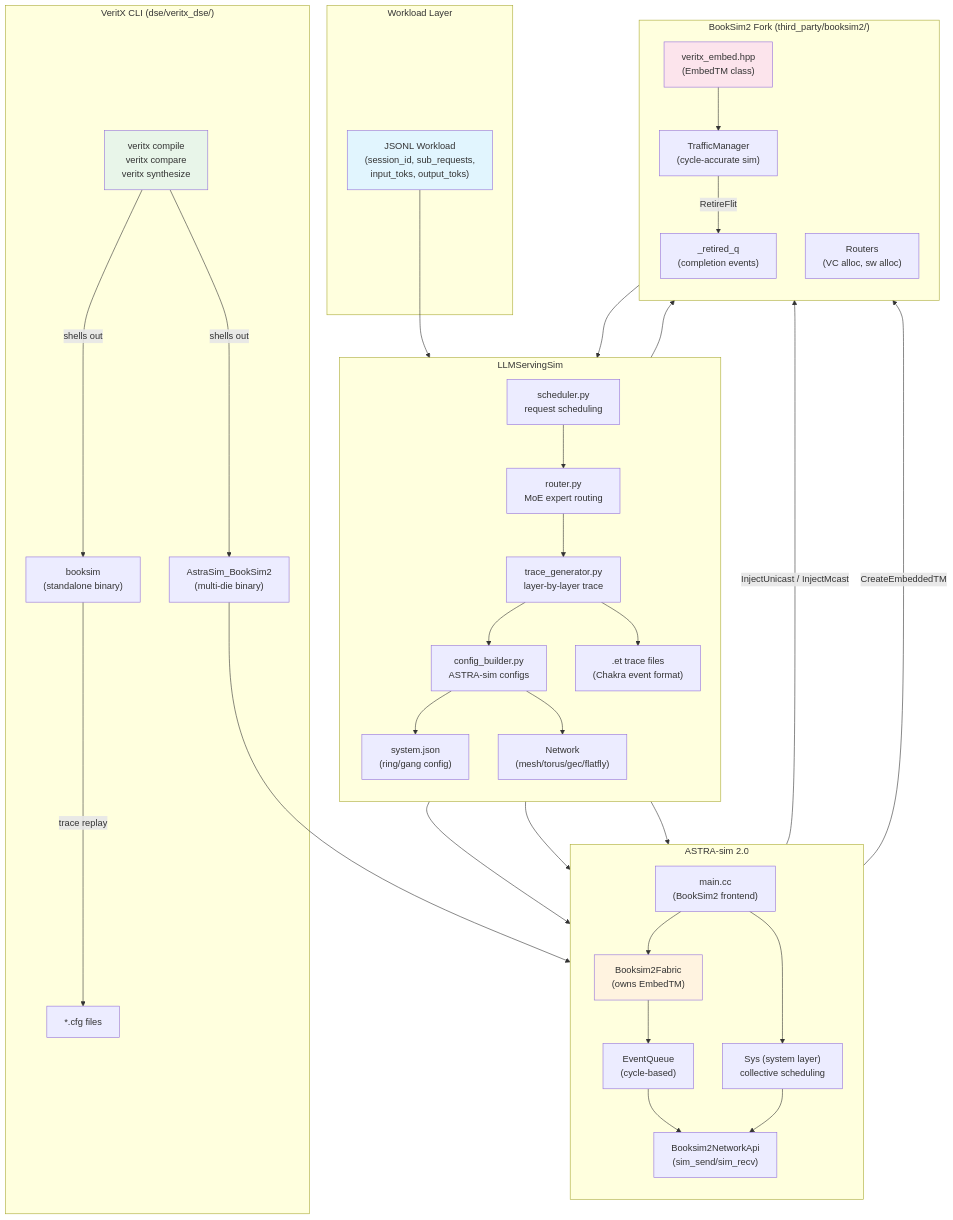
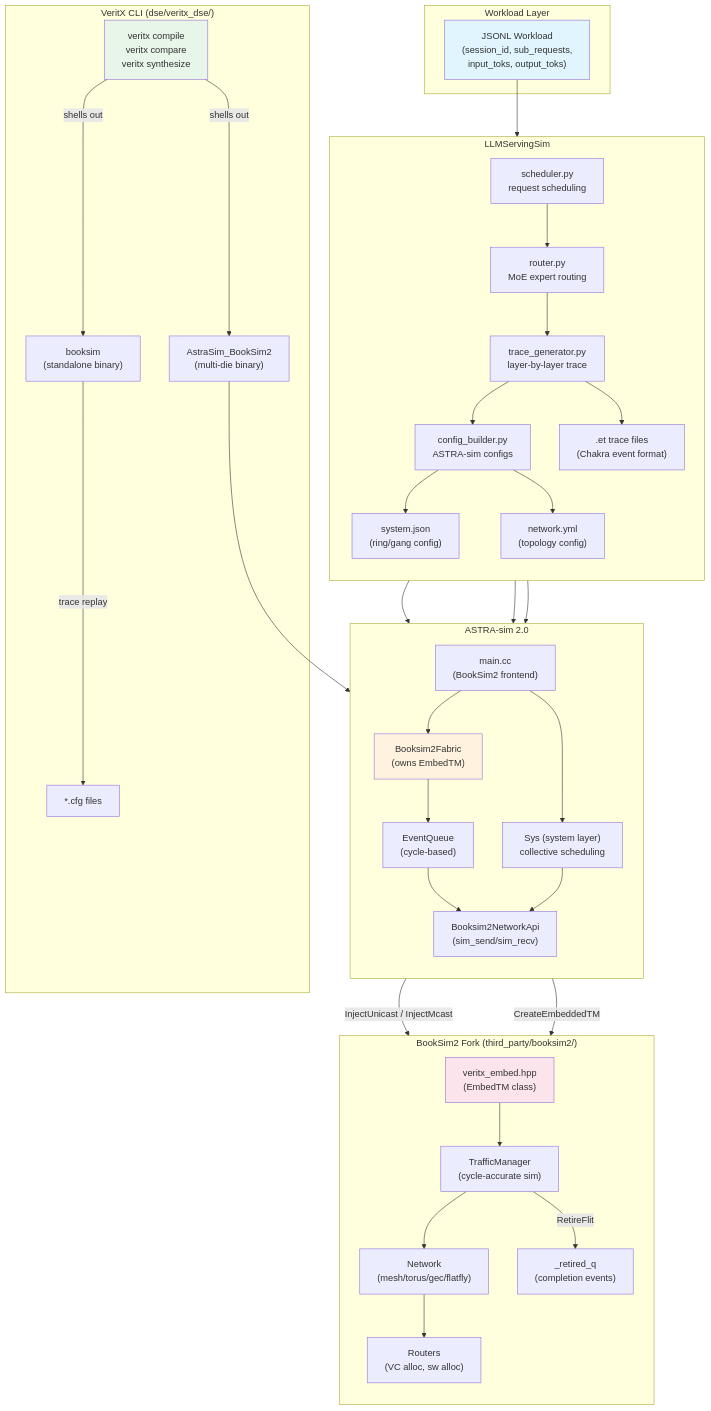
One commit to Anmol-S314/veritx-research changed the first of 5 diagrams in serving/README.md. Above: the diagram before and after it, drawn with Mermaid. The commit also changed other lines of this file, not shown here.

Commit message:
fix: Mermaid diagram syntax errors in serving/README.md
- Diagram 4: removed backslash line continuation (not supported in Mermaid)
- Diagram 1: renamed NET -> NETCFG and NET -> FNET to avoid duplicate node IDs across subgraphs

````diff
--- a/serving/README.md
+++ b/serving/README.md
@@ -24,52 +24,52 @@
 ```mermaid
 graph TB
     subgraph "Workload Layer"
         WL["JSONL Workload<br/>(session_id, sub_requests,<br/>input_toks, output_toks)"]
     end
 
     subgraph "LLMServingSim"
         direction TB
         WL --> SCHED["scheduler.py<br/>request scheduling"]
         SCHED --> ROUTE["router.py<br/>MoE expert routing"]
         ROUTE --> TG["trace_generator.py<br/>layer-by-layer trace"]
         TG --> CB["config_builder.py<br/>ASTRA-sim configs"]
         TG --> ET[".et trace files<br/>(Chakra event format)"]
         CB --> SYS["system.json<br/>(ring/gang config)"]
-        CB --> NET["network.yml<br/>(topology config)"]
+        CB --> NETCFG["network.yml<br/>(topology config)"]
     end
 
     subgraph "ASTRA-sim 2.0"
         direction TB
         ET --> AMAIN["main.cc<br/>(BookSim2 frontend)"]
         SYS --> AMAIN
-        NET --> AMAIN
+        NETCFG --> AMAIN
         AMAIN --> FABRIC["Booksim2Fabric<br/>(owns EmbedTM)"]
         FABRIC --> EVENTQ["EventQueue<br/>(cycle-based)"]
         EVENTQ --> NETAPI["Booksim2NetworkApi<br/>(sim_send/sim_recv)"]
         AMAIN --> WORKLOAD["Sys (system layer)<br/>collective scheduling"]
         WORKLOAD --> NETAPI
     end
 
     subgraph "BookSim2 Fork (third_party/booksim2/)"
         direction TB
         NETAPI -->|"InjectUnicast / InjectMcast"| EMBED["veritx_embed.hpp<br/>(EmbedTM class)"]
         FABRIC -->|"CreateEmbeddedTM"| EMBED
         EMBED --> TM["TrafficManager<br/>(cycle-accurate sim)"]
-        TM --> NET["Network<br/>(mesh/torus/gec/flatfly)"]
-        NET --> ROUTERS["Routers<br/>(VC alloc, sw alloc)"]
+        TM --> FNET["Network<br/>(mesh/torus/gec/flatfly)"]
+        FNET --> ROUTERS["Routers<br/>(VC alloc, sw alloc)"]
         TM -->|"RetireFlit"| RET["_retired_q<br/>(completion events)"]
     end
 
     subgraph "VeritX CLI (dse/veritx_dse/)"
         CLI["veritx compile<br/>veritx compare<br/>veritx synthesize"]
         CLI -->|"shells out"| BOOKSIM_BIN["booksim<br/>(standalone binary)"]
         CLI -->|"shells out"| ASTRABS["AstraSim_BookSim2<br/>(multi-die binary)"]
         BOOKSIM_BIN -->|"trace replay"| BOOKSIM_CFG["*.cfg files"]
         ASTRABS --> AMAIN
     end
 
     style WL fill:#e1f5fe
     style FABRIC fill:#fff3e0
     style EMBED fill:#fce4ec
     style CLI fill:#e8f5e9
 ```
````
